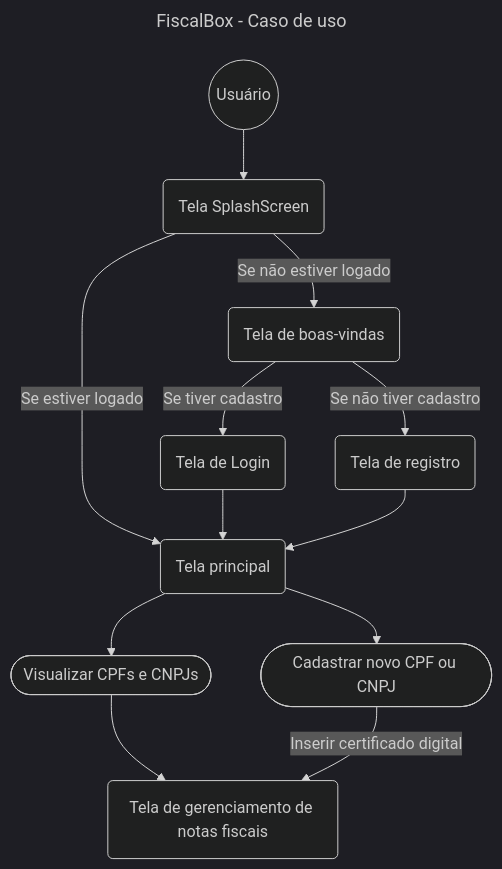
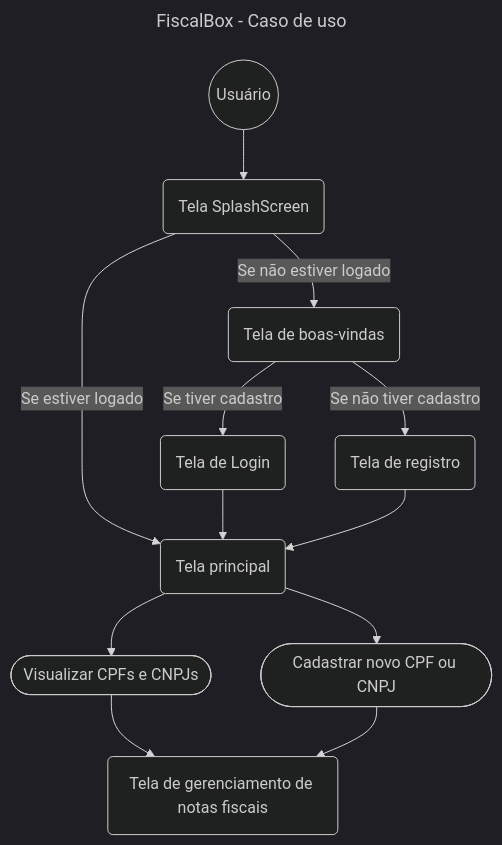
One commit to gui-bvr/projeto-portifolio-FiscalBox changed the diagram in assets/diagrams/diagrama_de_caso_de_uso.md. Above: the diagram before and after it, drawn with Mermaid (dark theme). The commit also changed 3 other files, not shown here.

````diff
--- a/assets/diagrams/diagrama_de_caso_de_uso.md
+++ b/assets/diagrams/diagrama_de_caso_de_uso.md
@@ -1,18 +1,18 @@
 ```mermaid
 ---
 title: FiscalBox - Caso de uso
 ---
 
 flowchart TD
     User((Usuário)) --> SplashScreen(Tela SplashScreen)
     SplashScreen --> |Se estiver logado| HomePage(Tela principal)
     SplashScreen --> |Se não estiver logado| WelcomePage(Tela de boas-vindas)
     WelcomePage --> |Se tiver cadastro| LoginPage(Tela de Login)
     WelcomePage --> |Se não tiver cadastro| RegisterPage(Tela de registro)
     LoginPage --> HomePage
     RegisterPage --> HomePage
     HomePage --> ShowContent([Visualizar CPFs e CNPJs])
     HomePage --> Register([Cadastrar novo CPF ou CNPJ])
     ShowContent --> ViewContent(Tela de gerenciamento de notas fiscais)
-    Register --> |Inserir certificado digital| ViewContent
+    Register --> ViewContent
 ```
````
